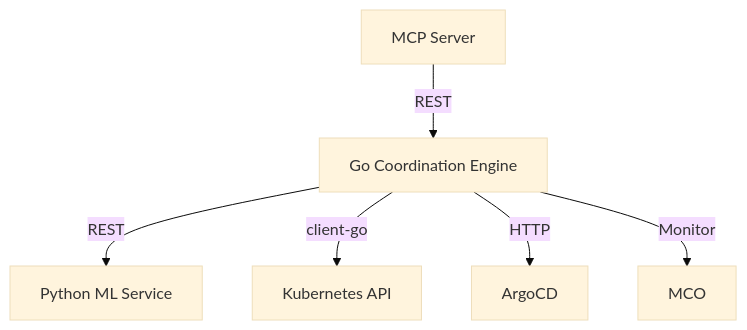
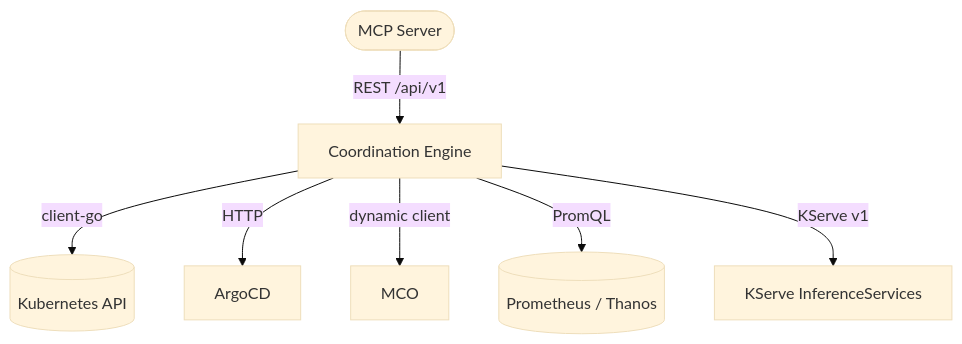
One commit to KubeHeal/openshift-coordination-engine changed the diagram in ARCHITECTURE.md. Above: the diagram before and after it, drawn with Mermaid (base theme). The commit also changed other lines of this file and 6 other files, not shown here.

````diff
--- a/ARCHITECTURE.md
+++ b/ARCHITECTURE.md
@@ -5,15 +13,9 @@
 ```mermaid
-graph TB
-    MCP[MCP Server]
-    GoEngine[Go Coordination Engine]
-    PythonML[Python ML Service]
-    K8s[Kubernetes API]
-    ArgoCD[ArgoCD]
-    MCO[MCO]
-
-    MCP -->|REST| GoEngine
-    GoEngine -->|REST| PythonML
-    GoEngine -->|client-go| K8s
-    GoEngine -->|HTTP| ArgoCD
-    GoEngine -->|Monitor| MCO
+flowchart TB
+  mcp([MCP Server]) -->|"REST /api/v1"| engine[Coordination Engine]
+  engine -->|"client-go"| k8s[(Kubernetes API)]
+  engine -->|"HTTP"| argo[ArgoCD]
+  engine -->|"dynamic client"| mco[MCO]
+  engine -->|"PromQL"| prom[(Prometheus / Thanos)]
+  engine -->|"KServe v1"| kserve[KServe InferenceServices]
 ```
````
